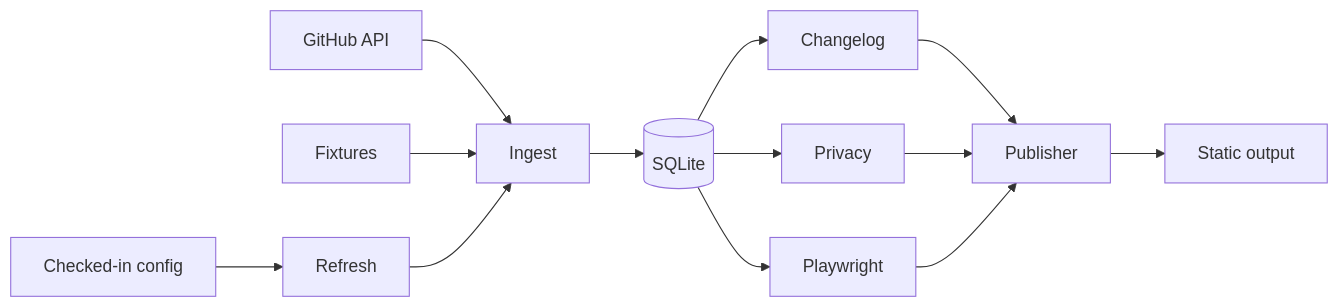
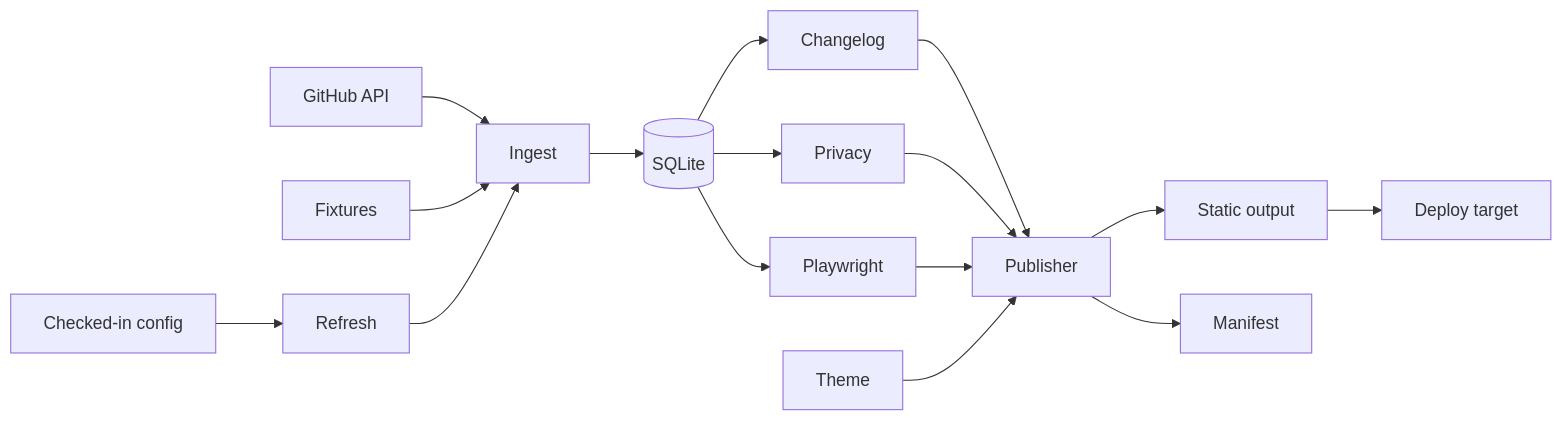
One commit to DanielCuevas1208/engineer-profile changed the diagram in README.md. Above: the diagram before and after it, drawn with Mermaid. The commit also changed other lines of this file and 24 other files, not shown here.

````diff
--- a/README.md
+++ b/README.md
@@ -20,15 +20,18 @@
 ```mermaid
 flowchart LR
   C[Checked-in config] --> R[Refresh]
   G[GitHub API] --> I[Ingest]
   F[Fixtures] --> I
   R --> I
   I --> D[(SQLite)]
   D --> L[Changelog]
   D --> P[Privacy]
   D --> S[Playwright]
   L --> W[Publisher]
   P --> W
   S --> W
+  T[Theme] --> W
   W --> O[Static output]
+  W --> M[Manifest]
+  O --> X[Deploy target]
 ```
````
